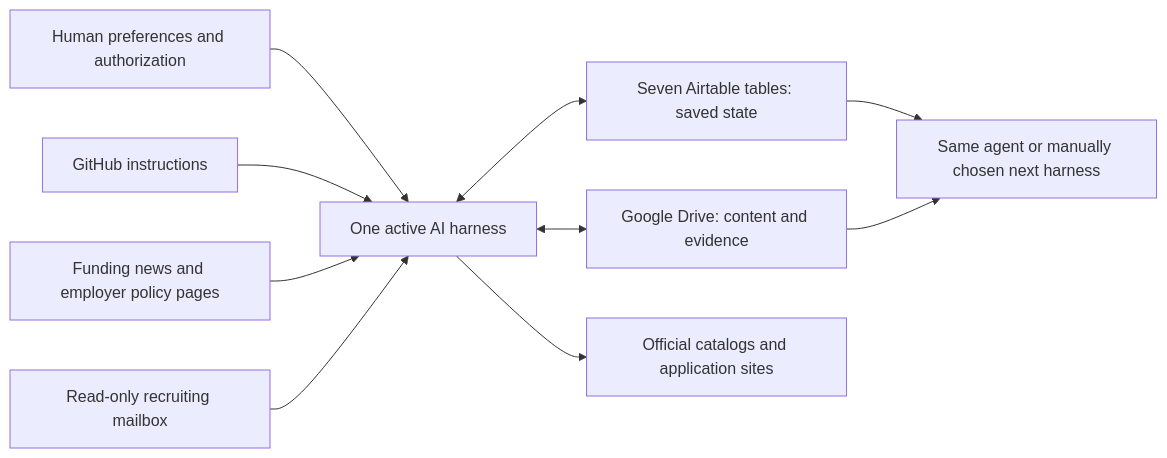
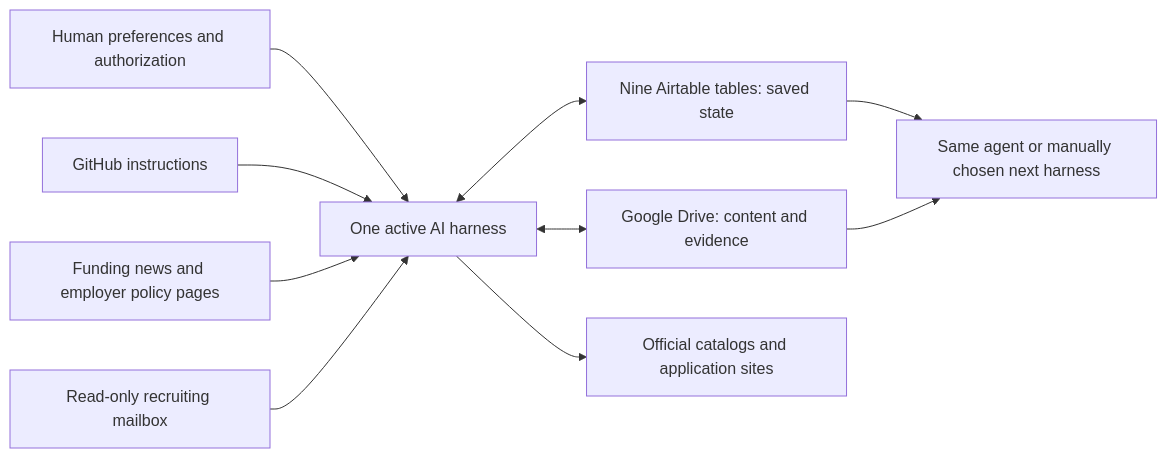
The diagram in README.md (sravankm86/nextmove), drawn with Mermaid before and after one commit. The commit also changed other lines of this file and 19 other files, not shown here.

First line of the commit message:
Move private application answers to scoped Airtable tables

```diff
--- a/README.md
+++ b/README.md
@@ -26,12 +26,12 @@
 ~~~mermaid
 flowchart LR
     User[Human preferences and authorization] --> Agent[One active AI harness]
     Git[GitHub instructions] --> Agent
-    Agent <--> Airtable[Seven Airtable tables: saved state]
+    Agent <--> Airtable[Nine Airtable tables: saved state]
     Agent <--> Drive[Google Drive: content and evidence]
     Agent --> Boards[Official catalogs and application sites]
     Funding[Funding news and employer policy pages] --> Agent
     Mail[Read-only recruiting mailbox] --> Agent
     Airtable --> Next[Same agent or manually chosen next harness]
     Drive --> Next
 ~~~
```
